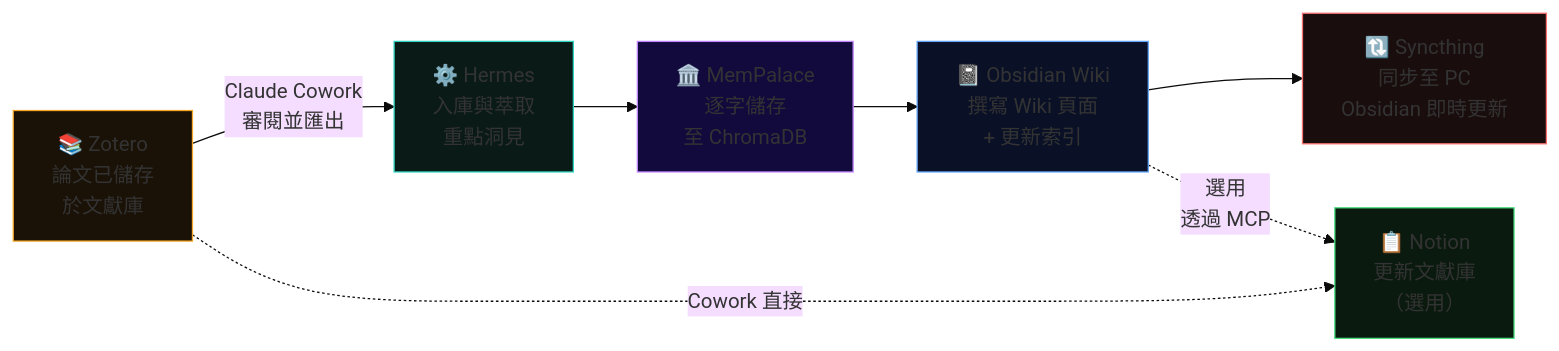
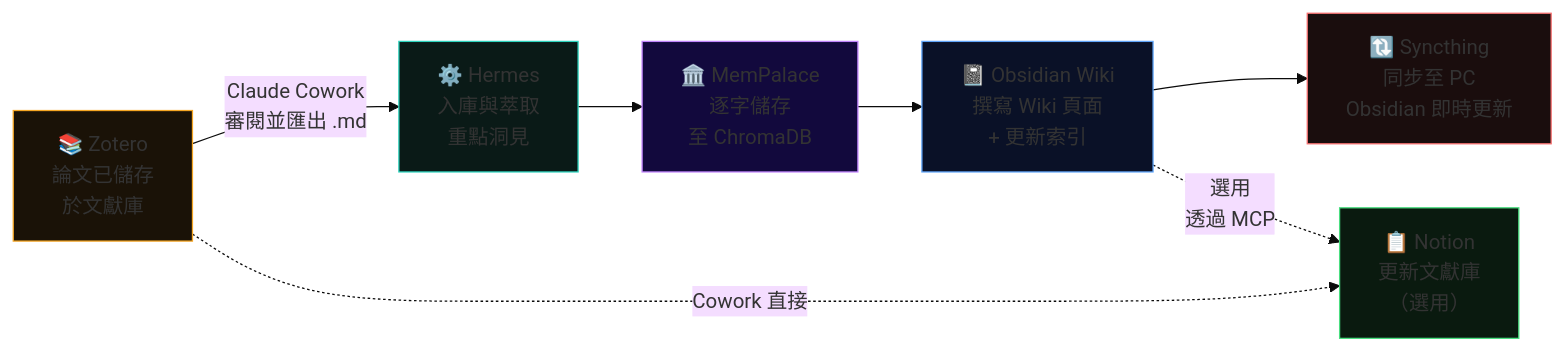
One commit to omankz/Hermes-Agent---Claude-Cowork---Notion---Obsidian changed the seventh of 7 diagrams in README-zh-tw.md. Above: the diagram before and after it, drawn with Mermaid (base theme). The commit also changed other lines of this file, not shown here.

````diff
--- a/README-zh-tw.md
+++ b/README-zh-tw.md
@@ -718,21 +719,21 @@
 ```mermaid
 flowchart LR
     A["📚 Zotero\n論文已儲存\n於文獻庫"]
     B["⚙️ Hermes\n入庫與萃取\n重點洞見"]
     C["🏛️ MemPalace\n逐字儲存\n至 ChromaDB"]
     D["📓 Obsidian Wiki\n撰寫 Wiki 頁面\n+ 更新索引"]
     E["🔃 Syncthing\n同步至 PC\nObsidian 即時更新"]
     F["📋 Notion\n更新文獻庫\n（選用）"]
 
-    A -->|"Claude Cowork\n審閱並匯出"| B
+    A -->|"Claude Cowork\n審閱並匯出 .md"| B
     B --> C --> D --> E
     A -.->|"Cowork 直接"| F
     D -.->|"選用\n透過 MCP"| F
 
     style A fill:#1a1207,stroke:#f5a623
     style B fill:#0a1a17,stroke:#2dd4bf
     style C fill:#12093d,stroke:#c084fc
     style D fill:#0a1127,stroke:#60a5fa
     style E fill:#1a0d0d,stroke:#f87171
     style F fill:#0a1a0f,stroke:#4ade80
 ```
````
